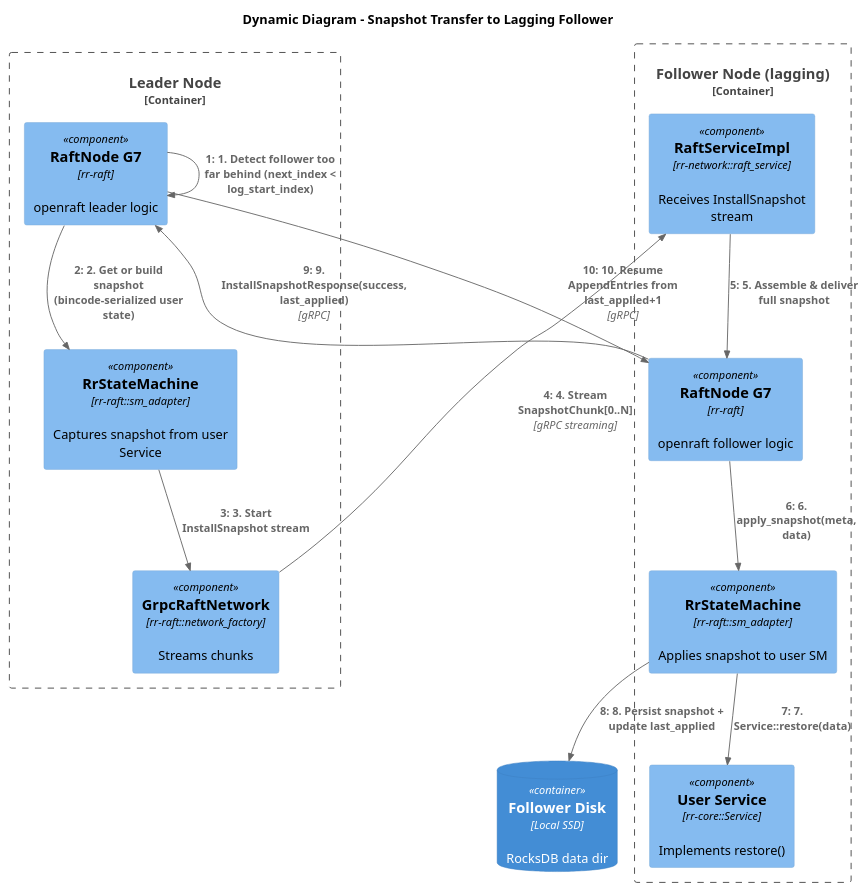
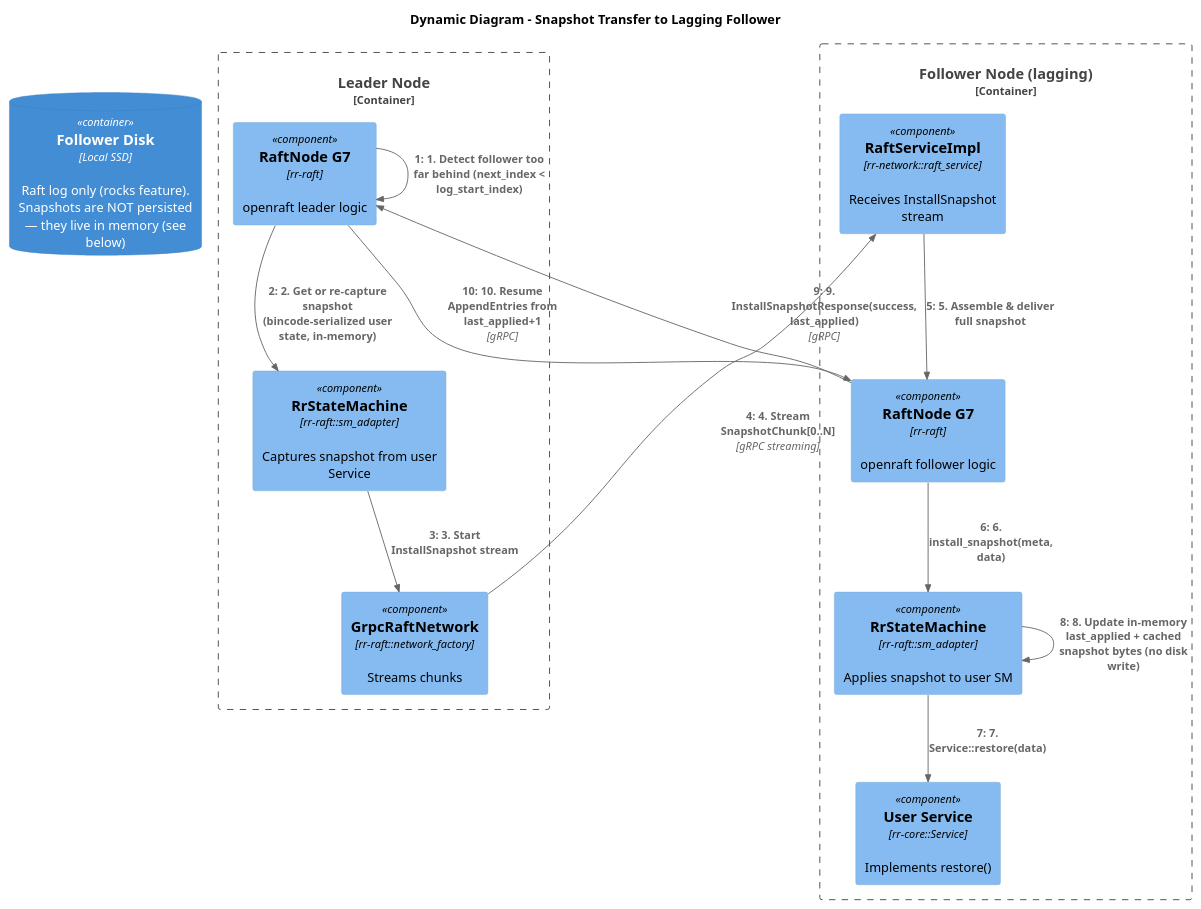
One commit to gardenias/rr changed the first of 2 diagrams in docs/docs/architecture/c4/dynamic-snapshot-transfer.md. Above: the diagram before and after it, drawn with PlantUML. The commit also changed other lines of this file and 18 other files, not shown here.

First line of the commit message:
docs(architecture): correct factual drift against current code

````diff
--- a/docs/docs/architecture/c4/dynamic-snapshot-transfer.md
+++ b/docs/docs/architecture/c4/dynamic-snapshot-transfer.md
@@ -15,36 +15,36 @@
 ```plantuml
 @startuml
 !include <C4/C4_Dynamic.puml>
 
 title Dynamic Diagram - Snapshot Transfer to Lagging Follower
 
 Container_Boundary(leader, "Leader Node") {
   Component(l_raft, "RaftNode G7", "rr-raft", "openraft leader logic")
   Component(l_sm, "RrStateMachine", "rr-raft::sm_adapter", "Captures snapshot from user Service")
   Component(l_net, "GrpcRaftNetwork", "rr-raft::network_factory", "Streams chunks")
 }
 
 Container_Boundary(follower, "Follower Node (lagging)") {
   Component(f_grpc, "RaftServiceImpl", "rr-network::raft_service", "Receives InstallSnapshot stream")
   Component(f_raft, "RaftNode G7", "rr-raft", "openraft follower logic")
   Component(f_sm, "RrStateMachine", "rr-raft::sm_adapter", "Applies snapshot to user SM")
   Component(f_svc, "User Service", "rr-core::Service", "Implements restore()")
 }
 
-ContainerDb(f_disk, "Follower Disk", "Local SSD", "RocksDB data dir")
+ContainerDb(f_disk, "Follower Disk", "Local SSD", "Raft log only (rocks feature). Snapshots are NOT persisted — they live in memory (see below)")
 
 Rel(l_raft, l_raft, "1. Detect follower too far behind (next_index < log_start_index)")
-Rel(l_raft, l_sm, "2. Get or build snapshot (bincode-serialized user state)")
+Rel(l_raft, l_sm, "2. Get or re-capture snapshot (bincode-serialized user state, in-memory)")
 Rel(l_sm, l_net, "3. Start InstallSnapshot stream")
 
 Rel(l_net, f_grpc, "4. Stream SnapshotChunk[0..N]", "gRPC streaming")
 Rel(f_grpc, f_raft, "5. Assemble & deliver full snapshot")
-Rel(f_raft, f_sm, "6. apply_snapshot(meta, data)")
+Rel(f_raft, f_sm, "6. install_snapshot(meta, data)")
 Rel(f_sm, f_svc, "7. Service::restore(data)")
-Rel(f_sm, f_disk, "8. Persist snapshot + update last_applied")
+Rel(f_sm, f_sm, "8. Update in-memory last_applied + cached snapshot bytes (no disk write)")
 
 Rel(f_raft, l_raft, "9. InstallSnapshotResponse(success, last_applied)", "gRPC")
 Rel(l_raft, f_raft, "10. Resume AppendEntries from last_applied+1", "gRPC")
 
 @enduml
 ```
````
